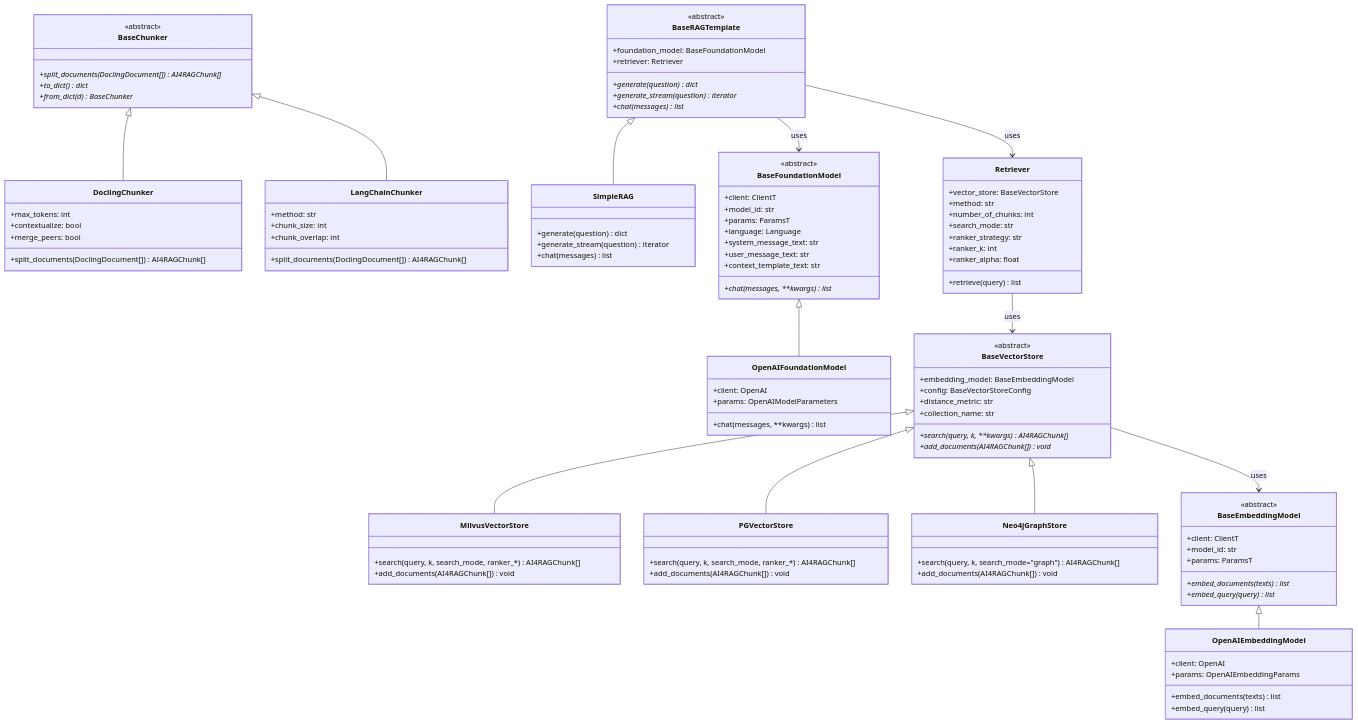
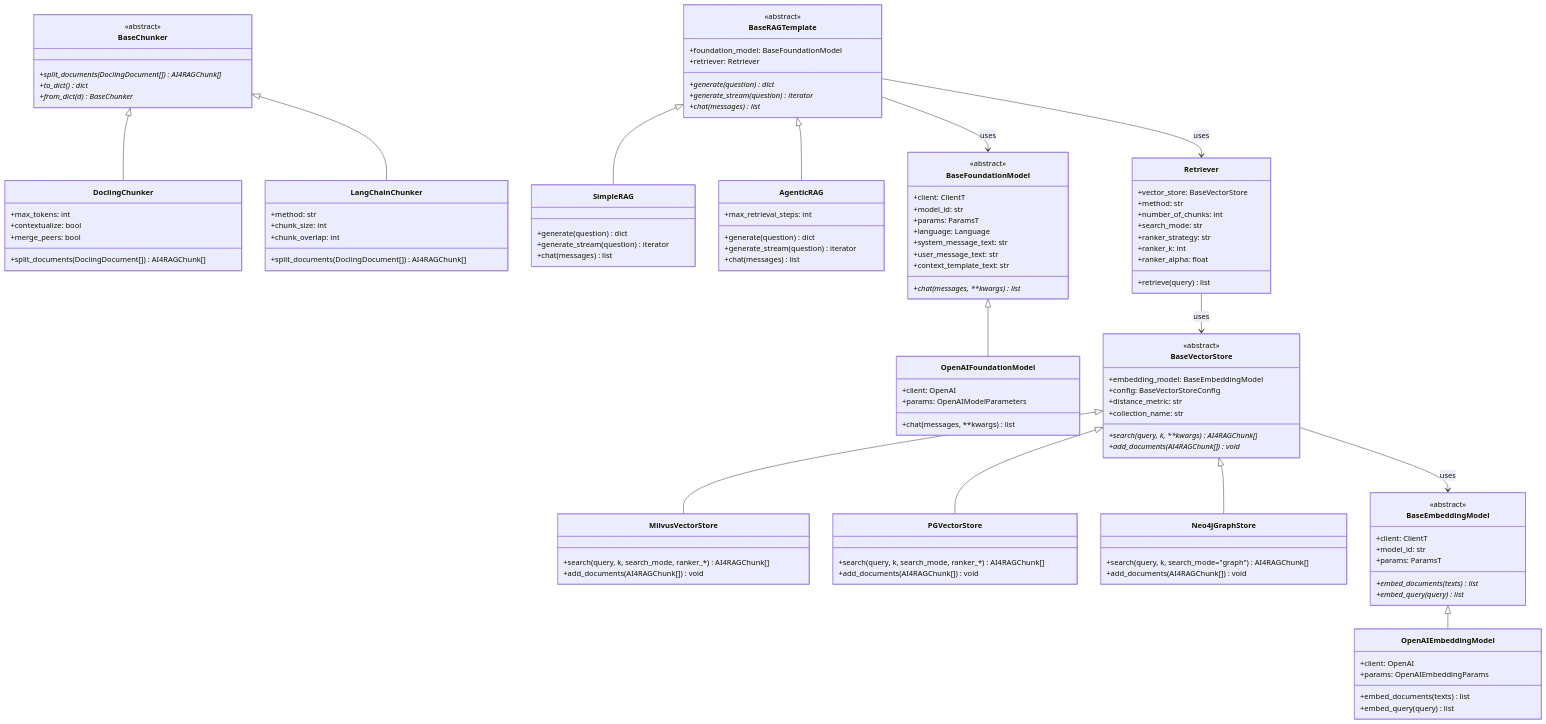
One commit to IBM/ai4rag changed the diagram in docs/architecture/rag-components.md. Above: the diagram before and after it, drawn with Mermaid. The commit also changed other lines of this file and 11 other files, not shown here.

```diff
--- a/docs/architecture/rag-components.md
+++ b/docs/architecture/rag-components.md
@@ -114,6 +114,13 @@
         +chat(messages) list
     }
 
+    class AgenticRAG {
+        +max_retrieval_steps: int
+        +generate(question) dict
+        +generate_stream(question) iterator
+        +chat(messages) list
+    }
+
     BaseFoundationModel <|-- OpenAIFoundationModel
     BaseEmbeddingModel <|-- OpenAIEmbeddingModel
     BaseVectorStore <|-- MilvusVectorStore
@@ -122,6 +129,7 @@
     BaseChunker <|-- DoclingChunker
     BaseChunker <|-- LangChainChunker
     BaseRAGTemplate <|-- SimpleRAG
+    BaseRAGTemplate <|-- AgenticRAG
 
     BaseVectorStore --> BaseEmbeddingModel : uses
     Retriever --> BaseVectorStore : uses
```
